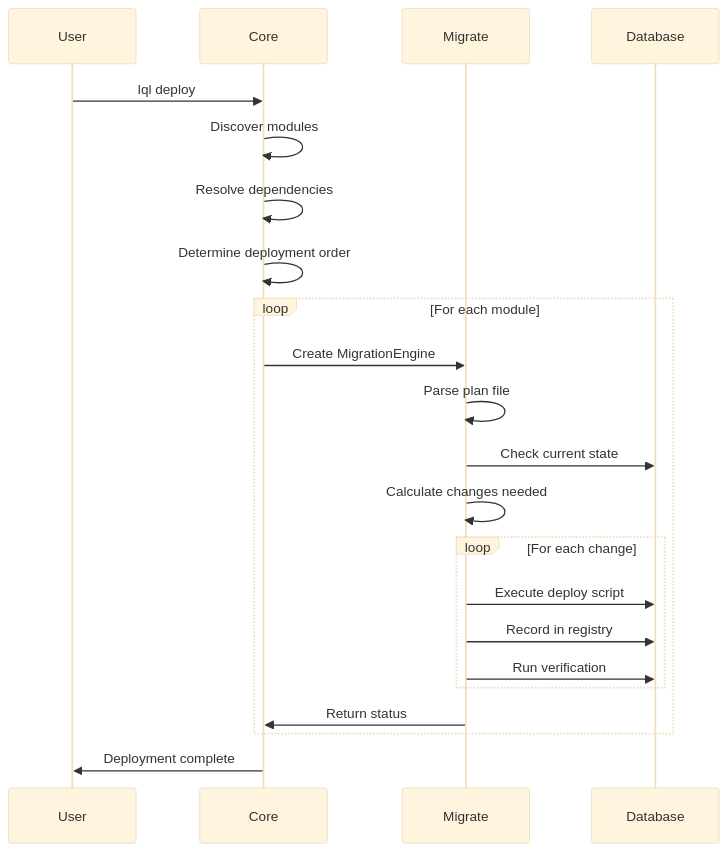
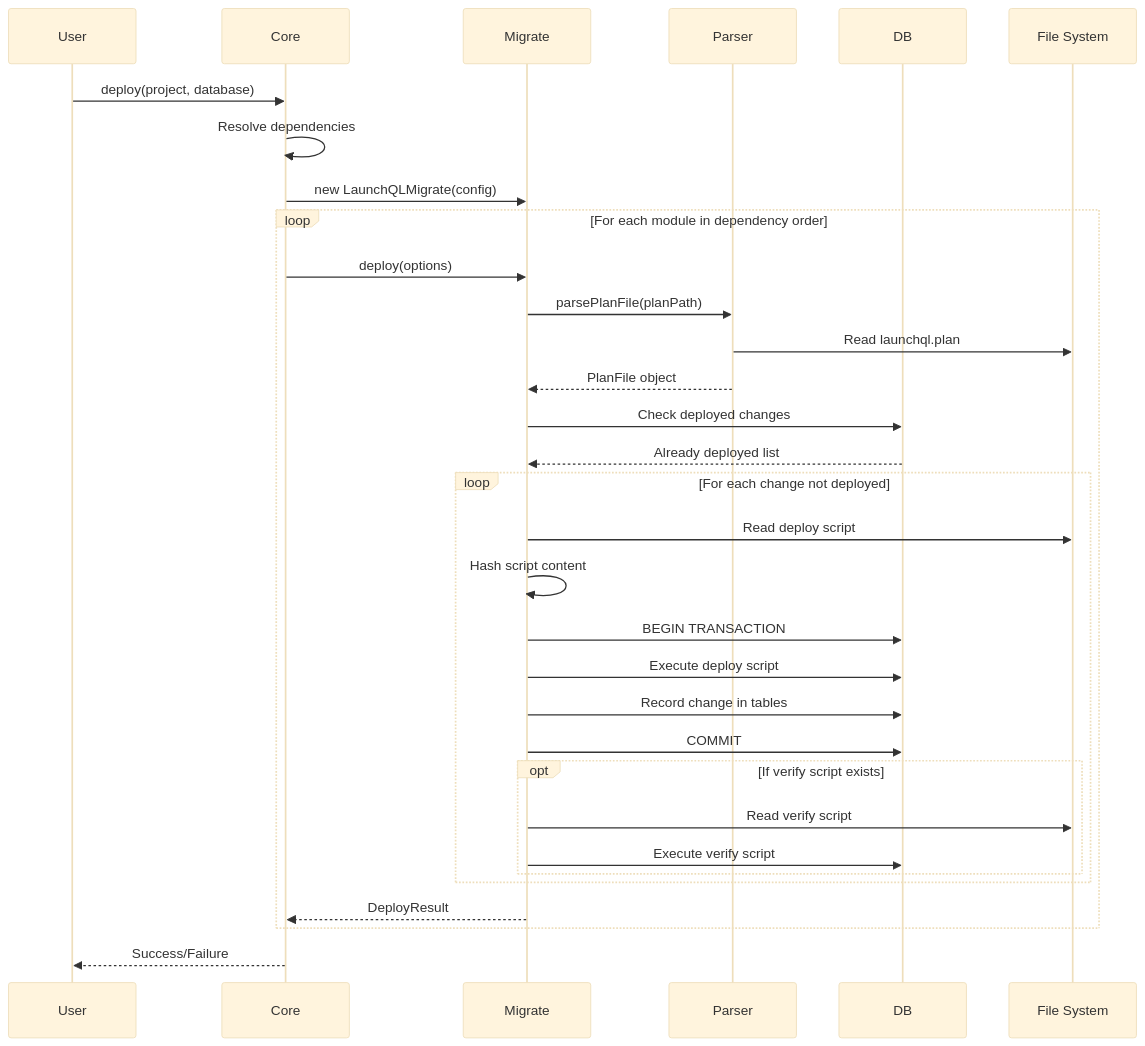
One commit to launchql/launchql changed the second of 2 diagrams in MIGRATE_DOCS.md. Above: the diagram before and after it, drawn with Mermaid (base theme). The commit also changed other lines of this file, not shown here.

First line of the commit message:
docs: add comprehensive MIGRATE_DOCS.md with architecture analysis

````diff
--- a/MIGRATE_DOCS.md
+++ b/MIGRATE_DOCS.md
@@ -169,29 +91,41 @@
 ```mermaid
 sequenceDiagram
     participant User
     participant Core
     participant Migrate
-    participant Database
+    participant Parser
+    participant DB
+    participant FS as File System
+
+    User->>Core: deploy(project, database)
+    Core->>Core: Resolve dependencies
+    Core->>Migrate: new LaunchQLMigrate(config)
     
-    User->>Core: lql deploy
-    Core->>Core: Discover modules
-    Core->>Core: Resolve dependencies
-    Core->>Core: Determine deployment order
-    
-    loop For each module
-        Core->>Migrate: Create MigrationEngine
-        Migrate->>Migrate: Parse plan file
-        Migrate->>Database: Check current state
-        Migrate->>Migrate: Calculate changes needed
+    loop For each module in dependency order
+        Core->>Migrate: deploy(options)
+        Migrate->>Parser: parsePlanFile(planPath)
+        Parser->>FS: Read launchql.plan
+        Parser-->>Migrate: PlanFile object
         
-        loop For each change
-            Migrate->>Database: Execute deploy script
-            Migrate->>Database: Record in registry
-            Migrate->>Database: Run verification
+        Migrate->>DB: Check deployed changes
+        DB-->>Migrate: Already deployed list
+        
+        loop For each change not deployed
+            Migrate->>FS: Read deploy script
+            Migrate->>Migrate: Hash script content
+            Migrate->>DB: BEGIN TRANSACTION
+            Migrate->>DB: Execute deploy script
+            Migrate->>DB: Record change in tables
+            Migrate->>DB: COMMIT
+            
+            opt If verify script exists
+                Migrate->>FS: Read verify script
+                Migrate->>DB: Execute verify script
+            end
         end
         
-        Migrate->>Core: Return status
+        Migrate-->>Core: DeployResult
     end
     
-    Core->>User: Deployment complete
+    Core-->>User: Success/Failure
 ```
````
